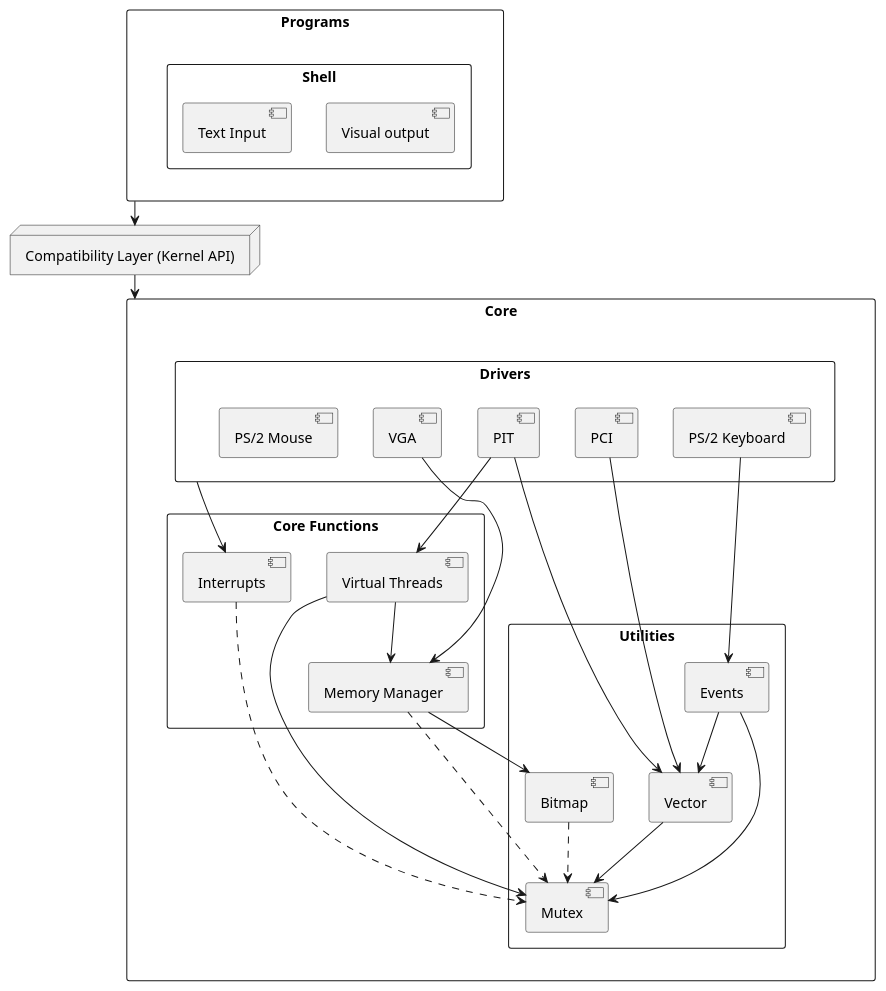
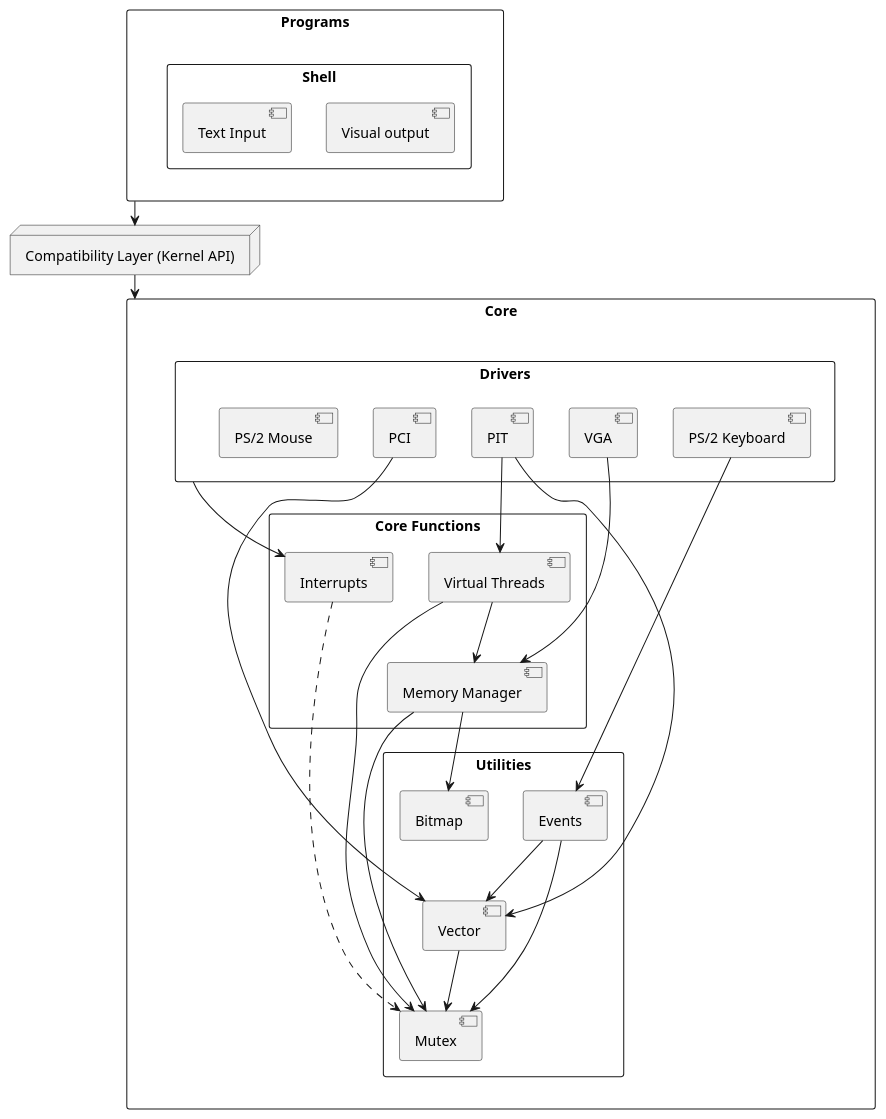
Before and after one commit to cactoes/virtual_reflections_os: the diagram in docs/diagram.puml, drawn with PlantUML. The commit also changed 2 other files, not shown here.

Commit message:
memory manager now uses mutex (in some functions)

```diff
--- a/docs/diagram.puml
+++ b/docs/diagram.puml
@@ -1,61 +1,59 @@
 @startuml kernel diagram
 ' skinparam linetype ortho
 
 rectangle "Core" {
     rectangle "Drivers" {
         [PCI]
         [PIT]
         [VGA]
         [PS/2 Keyboard]
         [PS/2 Mouse]
     }
 
     rectangle "Core Functions" {
         [Virtual Threads]
         [Memory Manager]
         [Interrupts]
     }
 
     rectangle "Utilities" {
         [Vector]
         [Mutex]
         [Events]
         [Bitmap]
     }
 }
 
 [Virtual Threads] --> [Mutex]
 [Virtual Threads] --> [Memory Manager]
 
 [Memory Manager] --> [Bitmap]
-[Memory Manager] ..> [Mutex]
+[Memory Manager] --> [Mutex]
 
 [Interrupts] ..> [Mutex]
 
 [Drivers] --> [Interrupts]
 [PCI] --> [Vector]
 [PIT] --> [Vector]
 [PIT] --> [Virtual Threads]
 [VGA] --> [Memory Manager]
 [PS/2 Keyboard] --> [Events]
 
 [Events] --> [Mutex]
-[Bitmap] ..> [Mutex]
 [Events] --> [Vector]
 [Vector] --> [Mutex]
 
 rectangle "Programs" {
     rectangle "Shell" {
         [Visual output]
         [Text Input]
     }
 }
 
 node "Compatibility Layer (Kernel API)" as CL {
-
 }
 
 Programs --> CL
 CL --> Core
 
 @enduml
```
